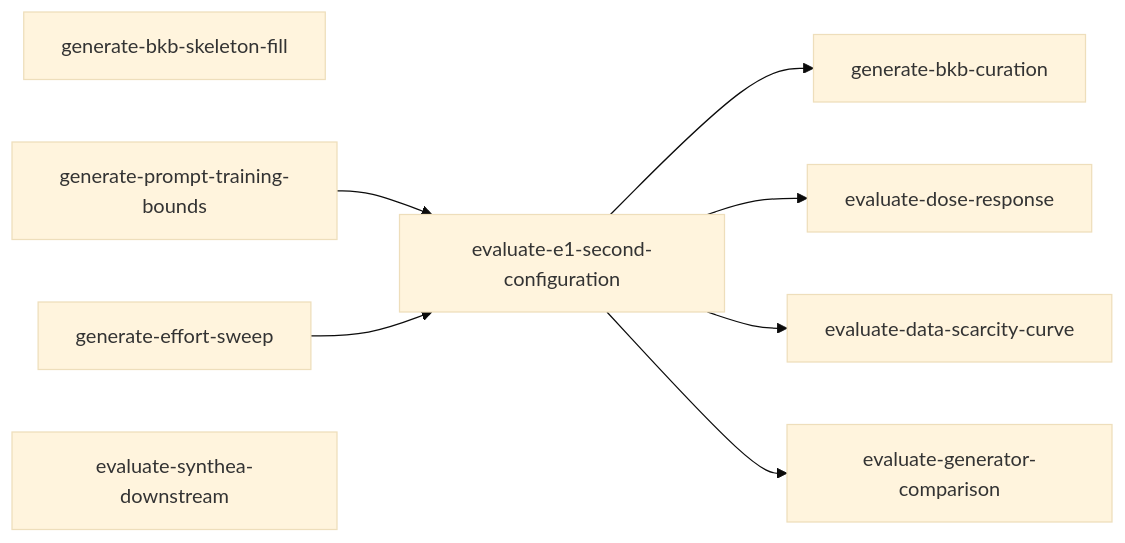
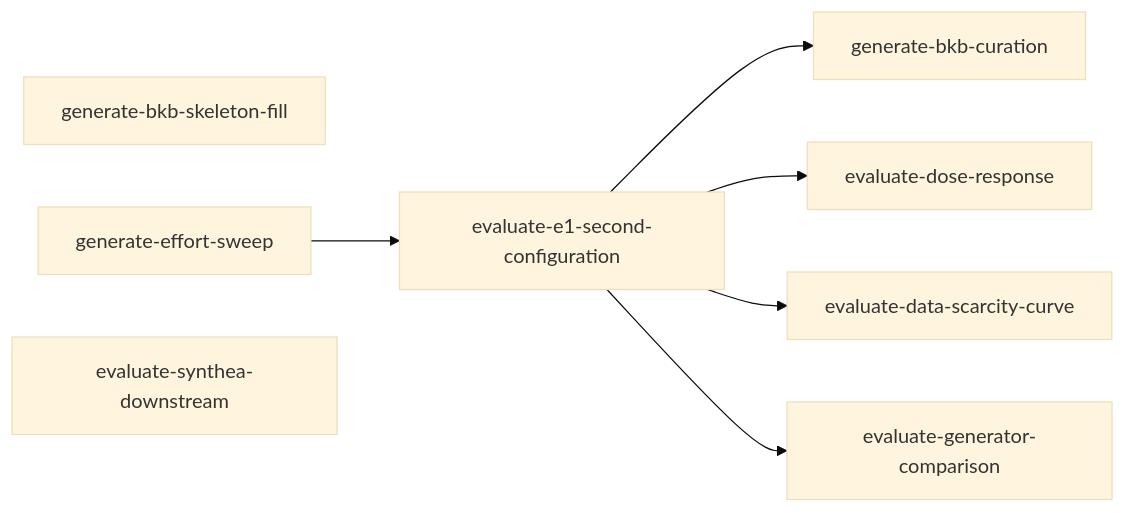
Before and after one commit to joe-dartmouth/synthetic: the diagram in tasks/experiments-index.md, drawn with Mermaid (base theme). The commit also changed other lines of this file and 21 other files, not shown here.

````diff
--- a/tasks/experiments-index.md
+++ b/tasks/experiments-index.md
@@ -33,11 +32,10 @@
 ```mermaid
 flowchart LR
     skeleton_fill[generate-bkb-skeleton-fill]
     e1_second[evaluate-e1-second-configuration] --> bkb_curation[generate-bkb-curation]
-    prompt_bounds[generate-prompt-training-bounds] --> e1_second[evaluate-e1-second-configuration]
     effort_sweep[generate-effort-sweep] --> e1_second[evaluate-e1-second-configuration]
     e1_second[evaluate-e1-second-configuration] --> dose_response[evaluate-dose-response]
     e1_second[evaluate-e1-second-configuration] --> scarcity_curve[evaluate-data-scarcity-curve]
     e1_second[evaluate-e1-second-configuration] --> generator_comparison[evaluate-generator-comparison]
     synthea_downstream[evaluate-synthea-downstream]
 ```
````
